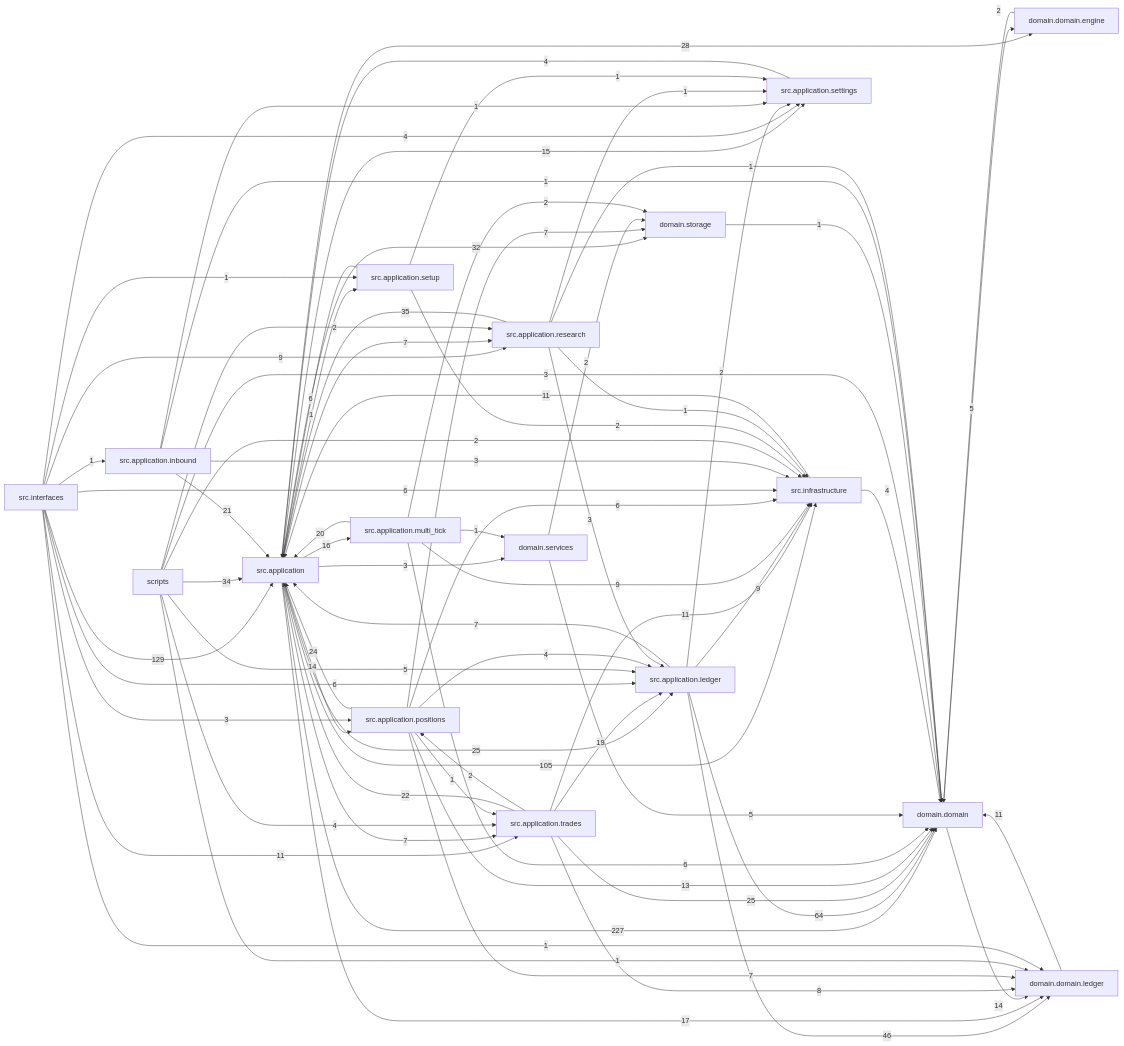
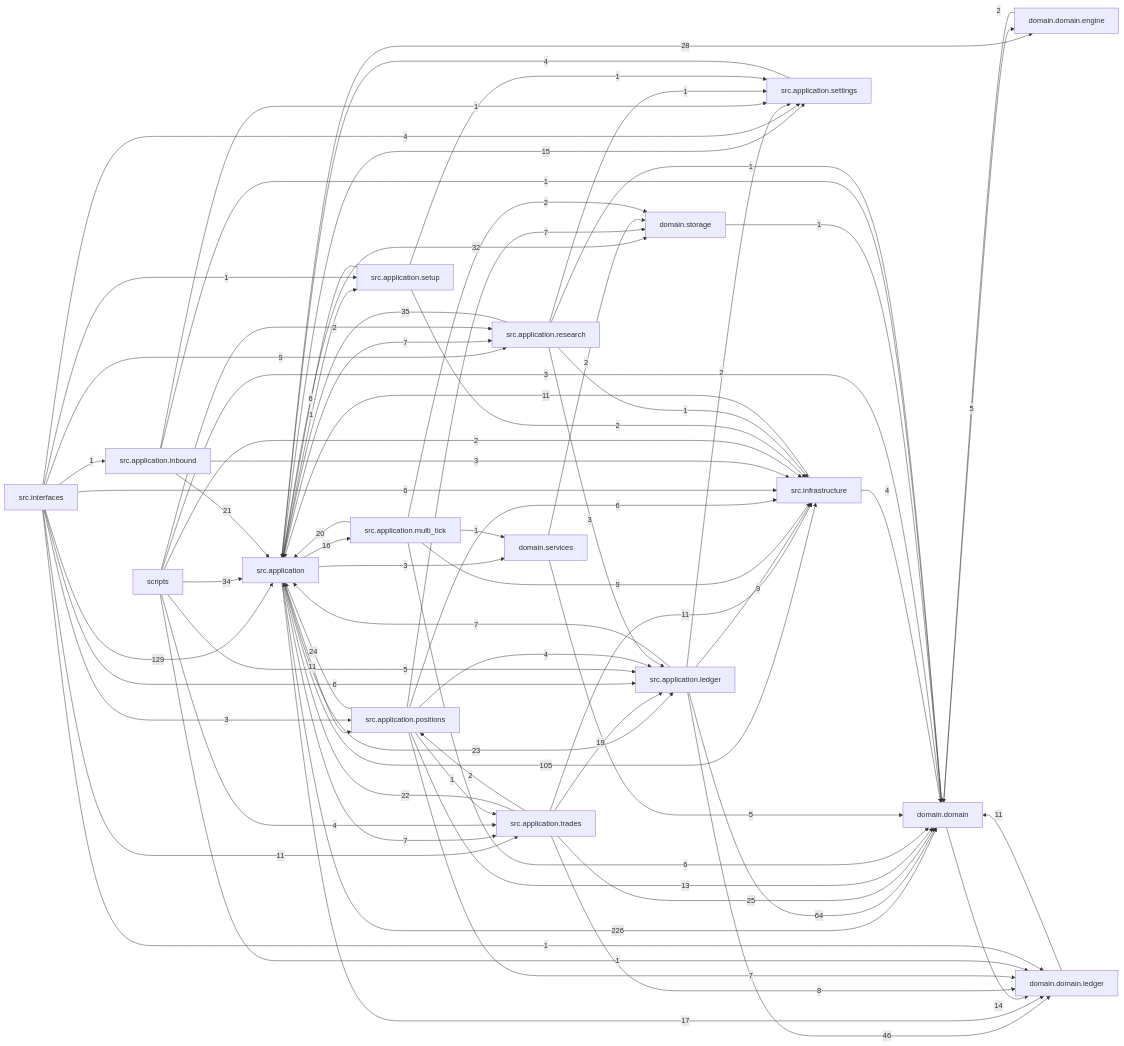
One commit to liuxie066/options-monitor changed the diagram in docs/dependency_graph.mmd. Above: the diagram before and after it, drawn with Mermaid. The commit also changed 27 other files, not shown here.

```diff
--- a/docs/dependency_graph.mmd
+++ b/docs/dependency_graph.mmd
@@ -1,76 +1,76 @@
 flowchart LR
-  src_application["src.application"] -->|227| domain_domain["domain.domain"]
+  src_application["src.application"] -->|226| domain_domain["domain.domain"]
   src_interfaces["src.interfaces"] -->|129| src_application["src.application"]
   src_application["src.application"] -->|105| src_infrastructure["src.infrastructure"]
   src_application_ledger["src.application.ledger"] -->|64| domain_domain["domain.domain"]
   src_application_ledger["src.application.ledger"] -->|46| domain_domain_ledger["domain.domain.ledger"]
   src_application_research["src.application.research"] -->|35| src_application["src.application"]
   scripts["scripts"] -->|34| src_application["src.application"]
   src_application["src.application"] -->|32| domain_storage["domain.storage"]
   src_application["src.application"] -->|28| domain_domain_engine["domain.domain.engine"]
-  src_application["src.application"] -->|25| src_application_ledger["src.application.ledger"]
   src_application_trades["src.application.trades"] -->|25| domain_domain["domain.domain"]
   src_application_positions["src.application.positions"] -->|24| src_application["src.application"]
+  src_application["src.application"] -->|23| src_application_ledger["src.application.ledger"]
   src_application_trades["src.application.trades"] -->|22| src_application["src.application"]
   src_application_inbound["src.application.inbound"] -->|21| src_application["src.application"]
   src_application_multi_tick["src.application.multi_tick"] -->|20| src_application["src.application"]
   src_application_trades["src.application.trades"] -->|19| src_application_ledger["src.application.ledger"]
   src_application["src.application"] -->|17| domain_domain_ledger["domain.domain.ledger"]
   src_application["src.application"] -->|16| src_application_multi_tick["src.application.multi_tick"]
   src_application["src.application"] -->|15| src_application_settings["src.application.settings"]
   domain_domain["domain.domain"] -->|14| domain_domain_ledger["domain.domain.ledger"]
-  src_application["src.application"] -->|14| src_application_positions["src.application.positions"]
   src_application_positions["src.application.positions"] -->|13| domain_domain["domain.domain"]
   domain_domain_ledger["domain.domain.ledger"] -->|11| domain_domain["domain.domain"]
+  src_application["src.application"] -->|11| src_application_positions["src.application.positions"]
   src_application_trades["src.application.trades"] -->|11| src_infrastructure["src.infrastructure"]
   src_infrastructure["src.infrastructure"] -->|11| src_application["src.application"]
   src_interfaces["src.interfaces"] -->|11| src_application_trades["src.application.trades"]
   src_application_ledger["src.application.ledger"] -->|9| src_infrastructure["src.infrastructure"]
   src_application_multi_tick["src.application.multi_tick"] -->|9| src_infrastructure["src.infrastructure"]
   src_interfaces["src.interfaces"] -->|9| src_application_research["src.application.research"]
   src_application_trades["src.application.trades"] -->|8| domain_domain_ledger["domain.domain.ledger"]
   src_application["src.application"] -->|7| src_application_research["src.application.research"]
   src_application["src.application"] -->|7| src_application_trades["src.application.trades"]
   src_application_ledger["src.application.ledger"] -->|7| src_application["src.application"]
   src_application_positions["src.application.positions"] -->|7| domain_domain_ledger["domain.domain.ledger"]
   src_application_positions["src.application.positions"] -->|7| domain_storage["domain.storage"]
   src_application_multi_tick["src.application.multi_tick"] -->|6| domain_domain["domain.domain"]
   src_application_positions["src.application.positions"] -->|6| src_infrastructure["src.infrastructure"]
   src_application_setup["src.application.setup"] -->|6| src_application["src.application"]
   src_interfaces["src.interfaces"] -->|6| src_application_ledger["src.application.ledger"]
   src_interfaces["src.interfaces"] -->|6| src_infrastructure["src.infrastructure"]
   domain_domain["domain.domain"] -->|5| domain_domain_engine["domain.domain.engine"]
   domain_services["domain.services"] -->|5| domain_domain["domain.domain"]
   scripts["scripts"] -->|5| src_application_ledger["src.application.ledger"]
   scripts["scripts"] -->|4| src_application_trades["src.application.trades"]
   src_application_positions["src.application.positions"] -->|4| src_application_ledger["src.application.ledger"]
   src_application_settings["src.application.settings"] -->|4| src_application["src.application"]
   src_infrastructure["src.infrastructure"] -->|4| domain_domain["domain.domain"]
   src_interfaces["src.interfaces"] -->|4| src_application_settings["src.application.settings"]
   scripts["scripts"] -->|3| domain_domain["domain.domain"]
   src_application["src.application"] -->|3| domain_services["domain.services"]
   src_application_inbound["src.application.inbound"] -->|3| src_infrastructure["src.infrastructure"]
   src_application_research["src.application.research"] -->|3| src_application_ledger["src.application.ledger"]
   src_interfaces["src.interfaces"] -->|3| src_application_positions["src.application.positions"]
   domain_domain_engine["domain.domain.engine"] -->|2| domain_domain["domain.domain"]
   domain_services["domain.services"] -->|2| domain_storage["domain.storage"]
   scripts["scripts"] -->|2| src_application_research["src.application.research"]
   scripts["scripts"] -->|2| src_infrastructure["src.infrastructure"]
   src_application_ledger["src.application.ledger"] -->|2| src_application_settings["src.application.settings"]
   src_application_multi_tick["src.application.multi_tick"] -->|2| domain_storage["domain.storage"]
   src_application_setup["src.application.setup"] -->|2| src_infrastructure["src.infrastructure"]
   src_application_trades["src.application.trades"] -->|2| src_application_positions["src.application.positions"]
   domain_storage["domain.storage"] -->|1| domain_domain["domain.domain"]
   scripts["scripts"] -->|1| domain_domain_ledger["domain.domain.ledger"]
   src_application["src.application"] -->|1| src_application_setup["src.application.setup"]
   src_application_inbound["src.application.inbound"] -->|1| domain_domain["domain.domain"]
   src_application_inbound["src.application.inbound"] -->|1| src_application_settings["src.application.settings"]
   src_application_multi_tick["src.application.multi_tick"] -->|1| domain_services["domain.services"]
   src_application_positions["src.application.positions"] -->|1| src_application_trades["src.application.trades"]
   src_application_research["src.application.research"] -->|1| domain_domain["domain.domain"]
   src_application_research["src.application.research"] -->|1| src_application_settings["src.application.settings"]
   src_application_research["src.application.research"] -->|1| src_infrastructure["src.infrastructure"]
   src_application_setup["src.application.setup"] -->|1| src_application_settings["src.application.settings"]
   src_interfaces["src.interfaces"] -->|1| domain_domain_ledger["domain.domain.ledger"]
   src_interfaces["src.interfaces"] -->|1| src_application_inbound["src.application.inbound"]
   src_interfaces["src.interfaces"] -->|1| src_application_setup["src.application.setup"]
```
